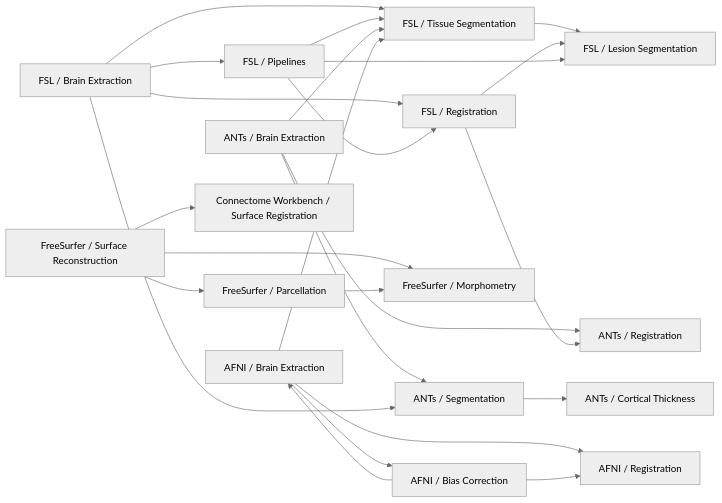
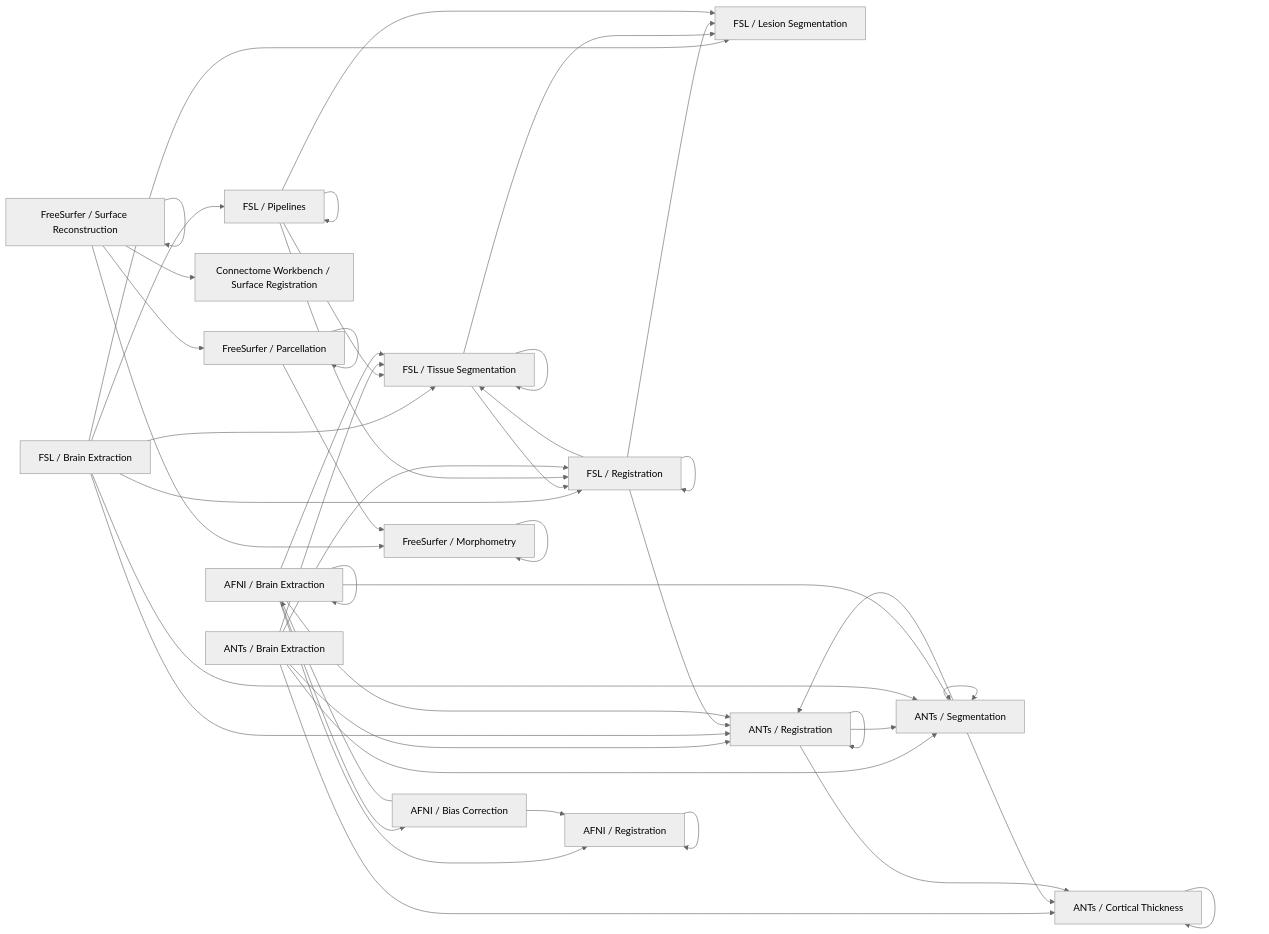
One commit to KunaalAgarwal/fMRIbuild changed the diagram in utils/structural_mri_tests/connects/structural_mri_subsection_graph.mmd. Above: the diagram before and after it, drawn with Mermaid (neutral theme). The commit also changed 50 other files, not shown here.

```diff
--- a/utils/structural_mri_tests/connects/structural_mri_subsection_graph.mmd
+++ b/utils/structural_mri_tests/connects/structural_mri_subsection_graph.mmd
@@ -1,52 +1,76 @@
 flowchart LR
   %% Structural MRI subsection nodes discovered from src/data/toolData.js
   FSL_BRAIN["FSL / Brain Extraction"]
   FSL_TISSUE["FSL / Tissue Segmentation"]
   FSL_REG["FSL / Registration"]
   FSL_PIPE["FSL / Pipelines"]
   FSL_LESION["FSL / Lesion Segmentation"]
 
   ANTS_BRAIN["ANTs / Brain Extraction"]
   ANTS_SEG["ANTs / Segmentation"]
   ANTS_REG["ANTs / Registration"]
   ANTS_CT["ANTs / Cortical Thickness"]
 
   FS_SURF["FreeSurfer / Surface Reconstruction"]
   FS_PARC["FreeSurfer / Parcellation"]
   FS_MORPH["FreeSurfer / Morphometry"]
 
   AFNI_BRAIN["AFNI / Brain Extraction"]
   AFNI_BIAS["AFNI / Bias Correction"]
   AFNI_REG["AFNI / Registration"]
 
   WB_SURF_REG["Connectome Workbench / Surface Registration"]
 
+  %% Intra-subsection self-loops (allow chaining within multi-tool subsections)
+  FSL_TISSUE --> FSL_TISSUE
+  FSL_REG --> FSL_REG
+  FSL_PIPE --> FSL_PIPE
+  ANTS_SEG --> ANTS_SEG
+  ANTS_REG --> ANTS_REG
+  ANTS_CT --> ANTS_CT
+  FS_SURF --> FS_SURF
+  FS_PARC --> FS_PARC
+  FS_MORPH --> FS_MORPH
+  AFNI_BRAIN --> AFNI_BRAIN
+  AFNI_REG --> AFNI_REG
+
   %% Directed subsection edges for realistic structural MRI pipelines
   FSL_BRAIN --> FSL_TISSUE
   FSL_BRAIN --> FSL_REG
   FSL_BRAIN --> FSL_PIPE
+  FSL_BRAIN --> FSL_LESION
   FSL_TISSUE --> FSL_LESION
+  FSL_TISSUE --> FSL_REG
   FSL_REG --> FSL_LESION
+  FSL_REG --> FSL_TISSUE
   FSL_PIPE --> FSL_TISSUE
   FSL_PIPE --> FSL_REG
   FSL_PIPE --> FSL_LESION
 
   ANTS_BRAIN --> ANTS_SEG
   ANTS_BRAIN --> ANTS_REG
+  ANTS_BRAIN --> ANTS_CT
   ANTS_SEG --> ANTS_CT
+  ANTS_REG --> ANTS_CT
+  ANTS_REG --> ANTS_SEG
+  ANTS_SEG --> ANTS_REG
 
   FS_SURF --> FS_PARC
   FS_SURF --> FS_MORPH
   FS_PARC --> FS_MORPH
   FS_SURF --> WB_SURF_REG
 
   AFNI_BIAS --> AFNI_BRAIN
   AFNI_BRAIN --> AFNI_BIAS
   AFNI_BRAIN --> AFNI_REG
   AFNI_BIAS --> AFNI_REG
 
   %% Cross-library handoff edges commonly used in mixed pipelines
   FSL_BRAIN --> ANTS_SEG
+  FSL_BRAIN --> ANTS_REG
   ANTS_BRAIN --> FSL_TISSUE
+  ANTS_BRAIN --> FSL_REG
   FSL_REG --> ANTS_REG
   AFNI_BRAIN --> FSL_TISSUE
+  AFNI_BRAIN --> ANTS_SEG
+  AFNI_BRAIN --> ANTS_REG
```
